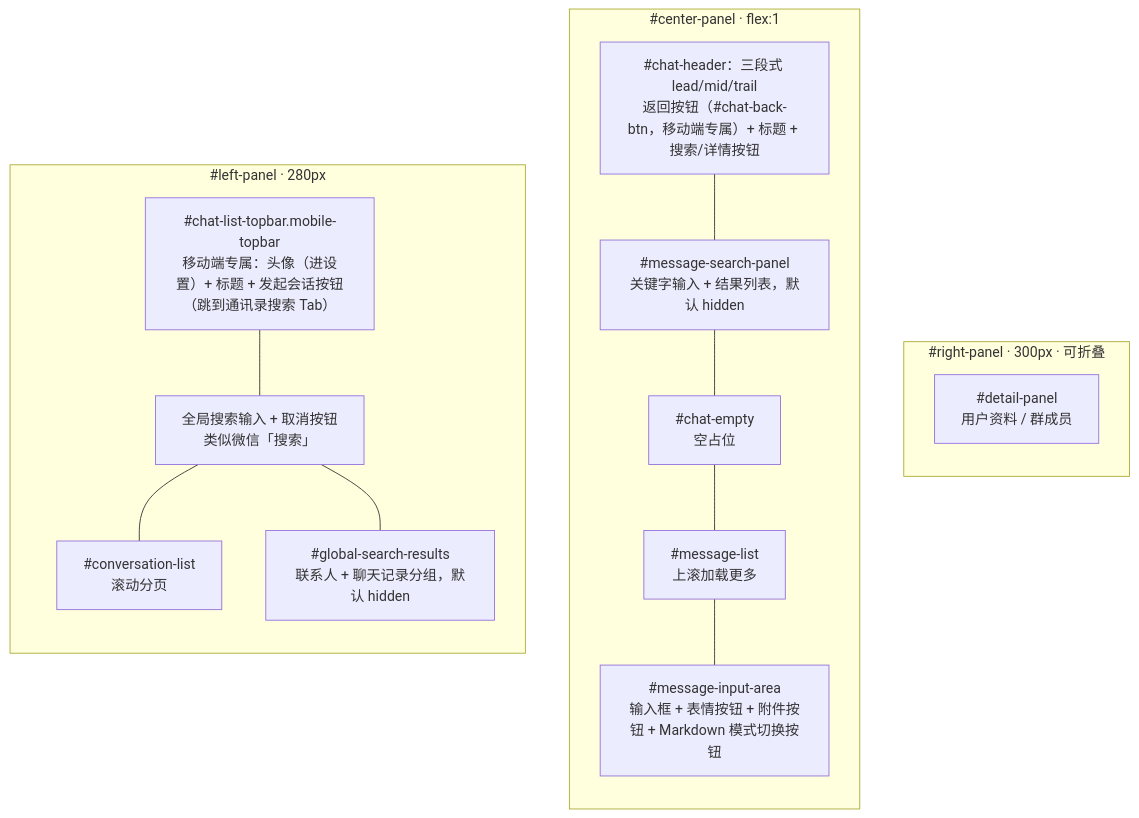
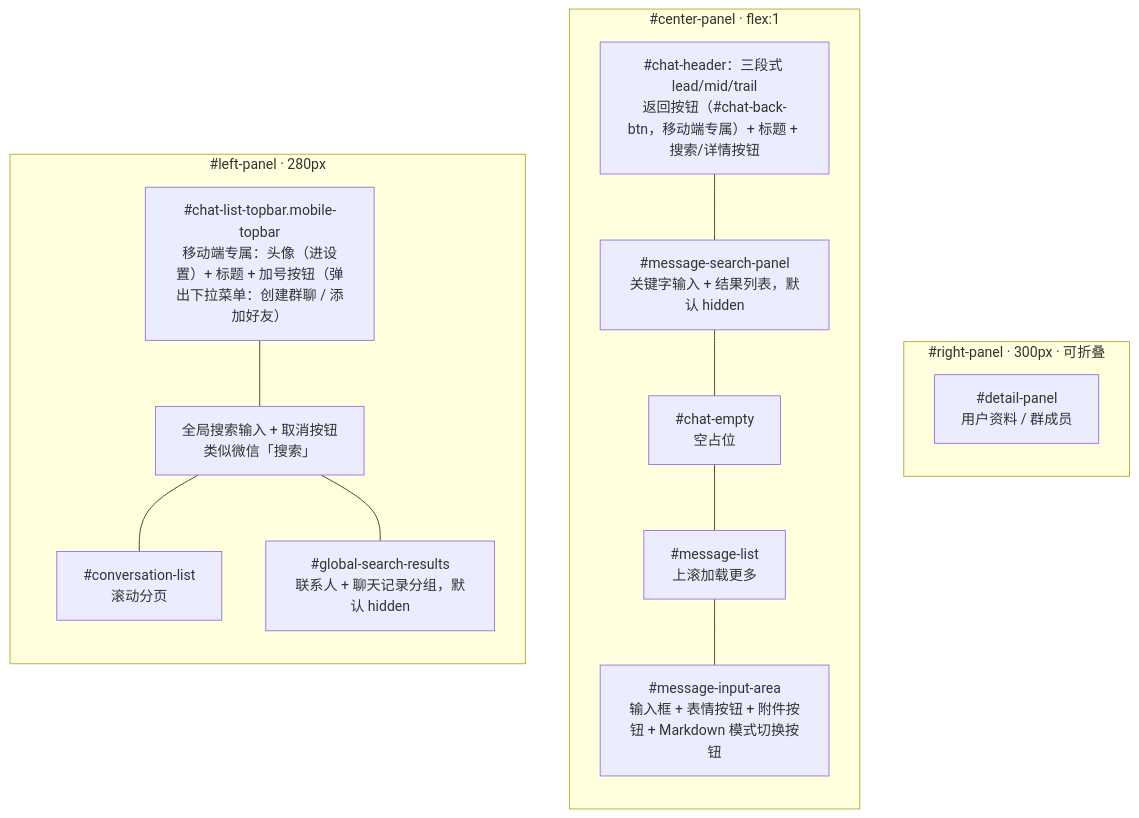
The first of 3 diagrams in packages/uikit/docs/UI设计方案.md (dacez/yimsg), drawn with Mermaid before and after one commit. The commit also changed other lines of this file and 7 other files, not shown here.

````diff
--- a/packages/uikit/docs/UI设计方案.md
+++ b/packages/uikit/docs/UI设计方案.md
@@ -146,28 +146,28 @@
 ```mermaid
 graph LR
     subgraph 左栏["#left-panel · 280px"]
-        L0["#chat-list-topbar.mobile-topbar<br/>移动端专属：头像（进设置）+ 标题 + 发起会话按钮（跳到通讯录搜索 Tab）"]
+        L0["#chat-list-topbar.mobile-topbar<br/>移动端专属：头像（进设置）+ 标题 + 加号按钮（弹出下拉菜单：创建群聊 / 添加好友）"]
         L1["全局搜索输入 + 取消按钮<br/>类似微信「搜索」"]
         L2["#conversation-list<br/>滚动分页"]
         L3["#global-search-results<br/>联系人 + 聊天记录分组，默认 hidden"]
         L0 --- L1
         L1 --- L2
         L1 --- L3
     end
 
     subgraph 中栏["#center-panel · flex:1"]
         direction TB
         C1["#chat-header：三段式 lead/mid/trail<br/>返回按钮（#chat-back-btn，移动端专属）+ 标题 + 搜索/详情按钮"]
         C1b["#message-search-panel<br/>关键字输入 + 结果列表，默认 hidden"]
         C2["#chat-empty<br/>空占位"]
         C3["#message-list<br/>上滚加载更多"]
         C4["#message-input-area<br/>输入框 + 表情按钮 + 附件按钮 + Markdown 模式切换按钮"]
         C1 --- C1b --- C2 --- C3 --- C4
     end
 
     subgraph 右栏["#right-panel · 300px · 可折叠"]
         R1["#detail-panel<br/>用户资料 / 群成员"]
     end
 
     左栏 ~~~ 中栏 ~~~ 右栏
 ```
````
